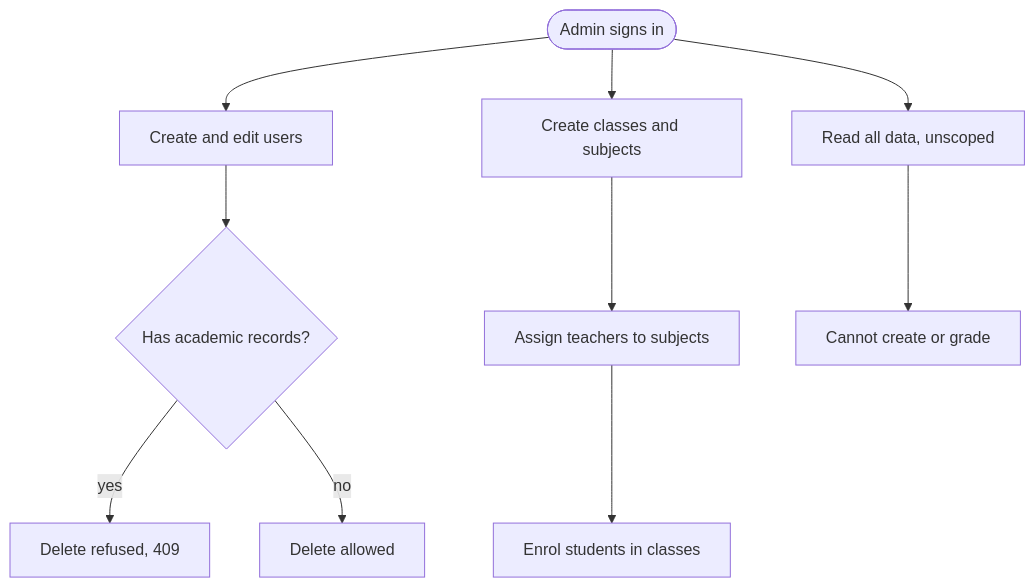
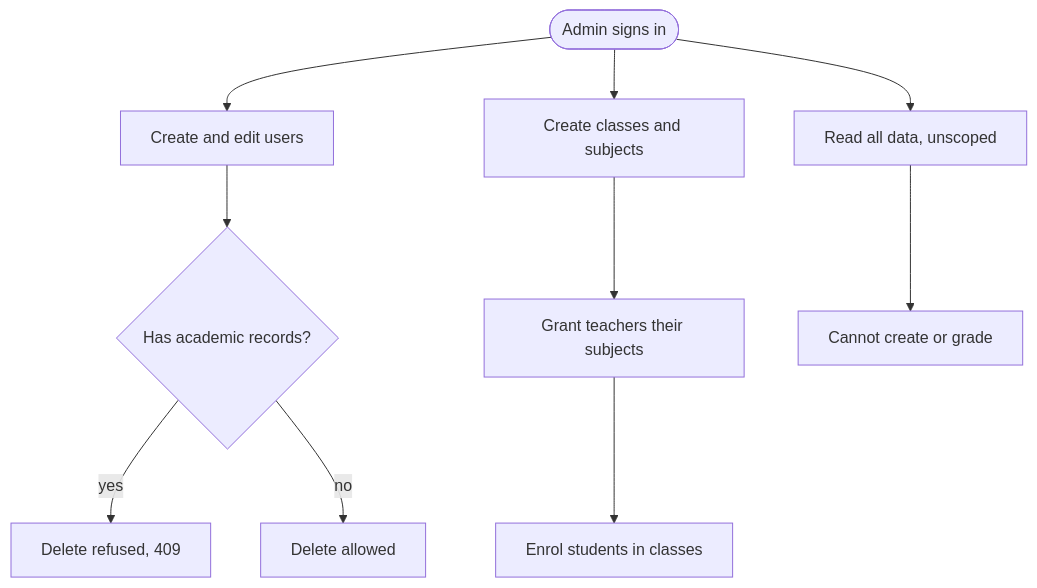
One commit to kaizen2112/Assignment-Submission-System changed the third of 7 diagrams in README.md. Above: the diagram before and after it, drawn with Mermaid. The commit also changed other lines of this file and 2 other files, not shown here.

````diff
--- a/README.md
+++ b/README.md
@@ -155,12 +354,12 @@
 ```mermaid
 flowchart TD
     A(["Admin signs in"]) --> B["Create and edit users"]
     B --> C{"Has academic records?"}
     C -->|yes| D["Delete refused, 409"]
     C -->|no| E["Delete allowed"]
     A --> F["Create classes and subjects"]
-    F --> G["Assign teachers to subjects"]
+    F --> G["Grant teachers their subjects"]
     G --> H["Enrol students in classes"]
     A --> I["Read all data, unscoped"]
     I --> J["Cannot create or grade"]
 ```
````
